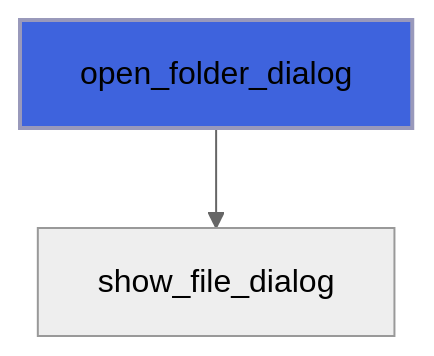
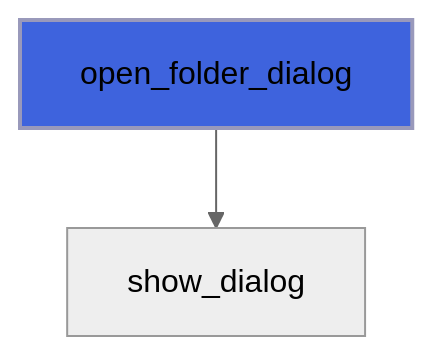
Diagram 22 of 41 in docs/api/src/lib/figure_app.md (szaghi/figure), drawn with Mermaid (neutral theme) before and after one commit. The commit also changed other lines of this file and 10 other files, not shown here.

````diff
--- a/docs/api/src/lib/figure_app.md
+++ b/docs/api/src/lib/figure_app.md
@@ -768,5 +827,5 @@
 ```mermaid
 flowchart TD
-  open_folder_dialog["open_folder_dialog"] --> show_file_dialog["show_file_dialog"]
+  open_folder_dialog["open_folder_dialog"] --> show_dialog["show_dialog"]
   style open_folder_dialog fill:#3e63dd,stroke:#99b,stroke-width:2px
 ```
````
